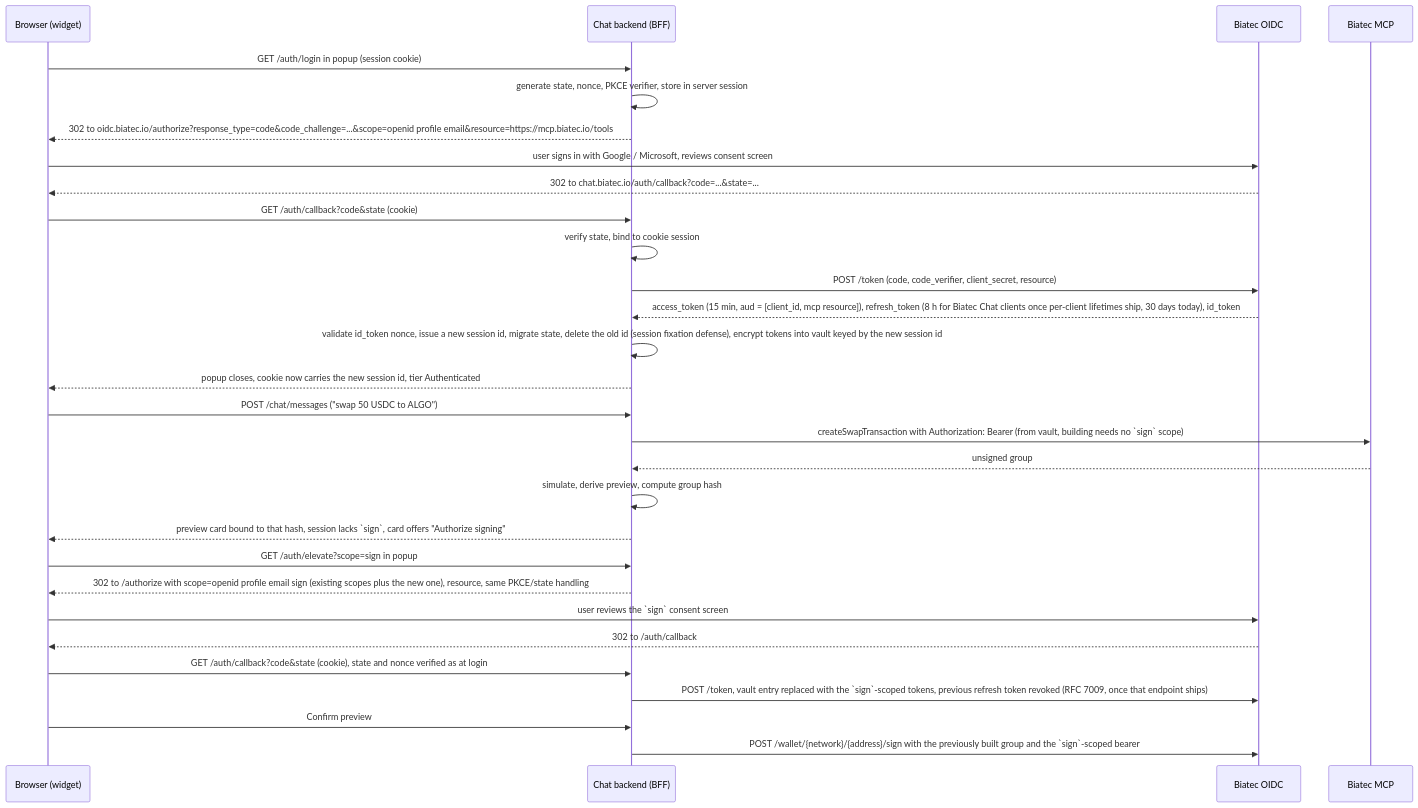
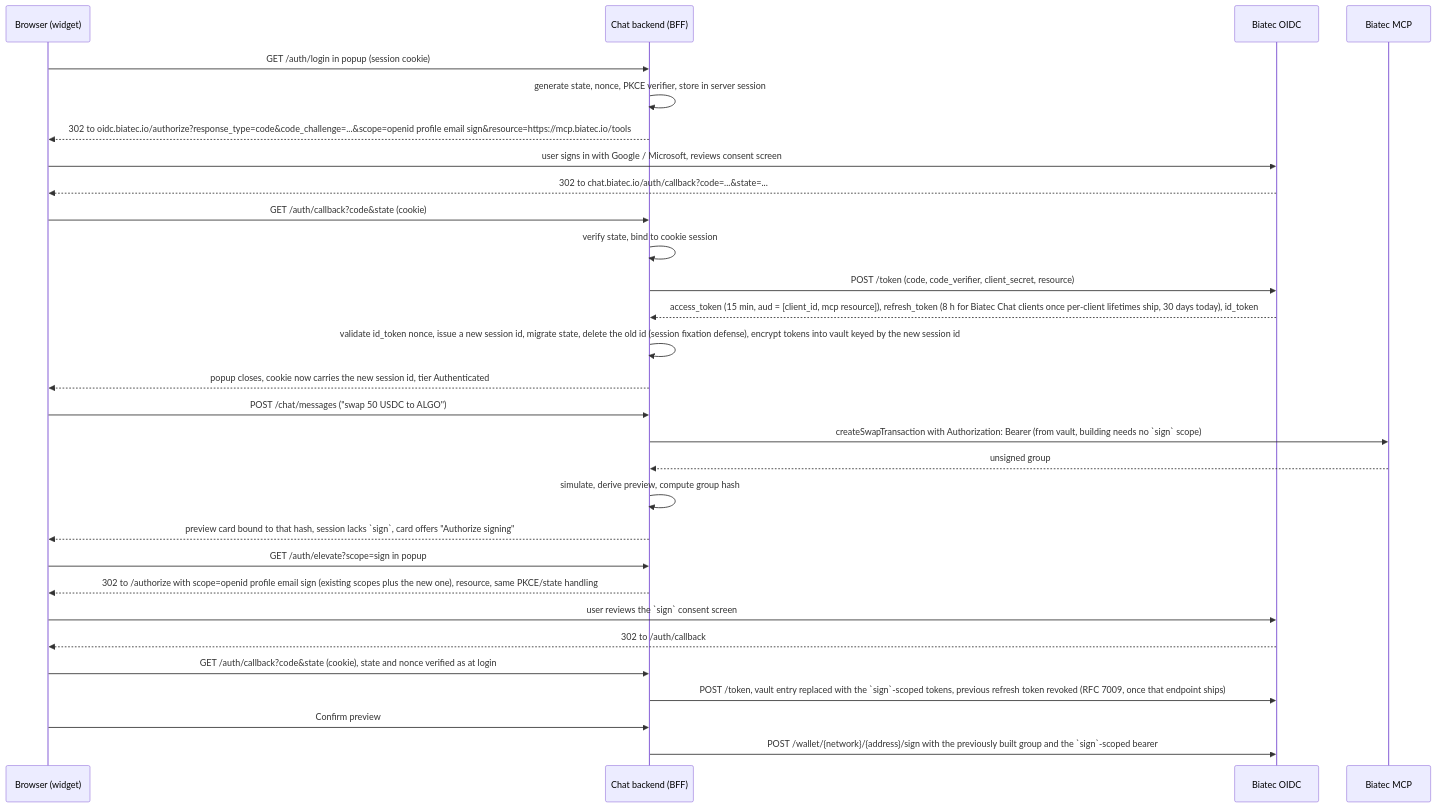
One commit to scholtz/biatec-chat changed the second of 3 diagrams in PRODUCT-DESCRIPTION.md. Above: the diagram before and after it, drawn with Mermaid. The commit also changed other lines of this file and 5 other files, not shown here.

First line of the commit message:
Request the sign scope at login

````diff
--- a/PRODUCT-DESCRIPTION.md
+++ b/PRODUCT-DESCRIPTION.md
@@ -342,32 +342,32 @@
 ```mermaid
 sequenceDiagram
     participant B as Browser (widget)
     participant API as Chat backend (BFF)
     participant O as Biatec OIDC
     participant M as Biatec MCP
 
     B->>API: GET /auth/login in popup (session cookie)
     API->>API: generate state, nonce, PKCE verifier, store in server session
-    API-->>B: 302 to oidc.biatec.io/authorize?response_type=code&code_challenge=...&scope=openid profile email&resource=https://mcp.biatec.io/tools
+    API-->>B: 302 to oidc.biatec.io/authorize?response_type=code&code_challenge=...&scope=openid profile email sign&resource=https://mcp.biatec.io/tools
     B->>O: user signs in with Google / Microsoft, reviews consent screen
     O-->>B: 302 to chat.biatec.io/auth/callback?code=...&state=...
     B->>API: GET /auth/callback?code&state (cookie)
     API->>API: verify state, bind to cookie session
     API->>O: POST /token (code, code_verifier, client_secret, resource)
     O-->>API: access_token (15 min, aud = [client_id, mcp resource]), refresh_token (8 h for Biatec Chat clients once per-client lifetimes ship, 30 days today), id_token
     API->>API: validate id_token nonce, issue a new session id, migrate state, delete the old id (session fixation defense), encrypt tokens into vault keyed by the new session id
     API-->>B: popup closes, cookie now carries the new session id, tier Authenticated
     B->>API: POST /chat/messages ("swap 50 USDC to ALGO")
     API->>M: createSwapTransaction with Authorization: Bearer (from vault, building needs no `sign` scope)
     M-->>API: unsigned group
     API->>API: simulate, derive preview, compute group hash
     API-->>B: preview card bound to that hash, session lacks `sign`, card offers "Authorize signing"
     B->>API: GET /auth/elevate?scope=sign in popup
     API-->>B: 302 to /authorize with scope=openid profile email sign (existing scopes plus the new one), resource, same PKCE/state handling
     B->>O: user reviews the `sign` consent screen
     O-->>B: 302 to /auth/callback
     B->>API: GET /auth/callback?code&state (cookie), state and nonce verified as at login
     API->>O: POST /token, vault entry replaced with the `sign`-scoped tokens, previous refresh token revoked (RFC 7009, once that endpoint ships)
     B->>API: Confirm preview
     API->>O: POST /wallet/{network}/{address}/sign with the previously built group and the `sign`-scoped bearer
 ```
````
